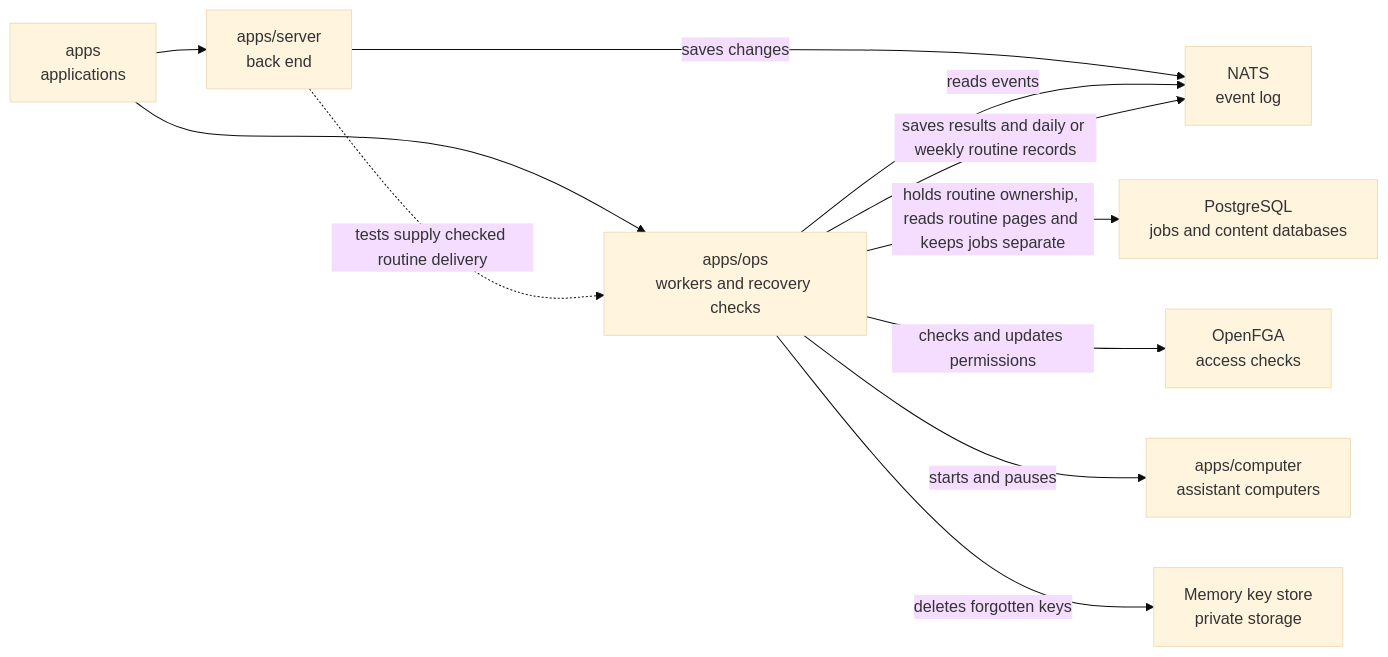
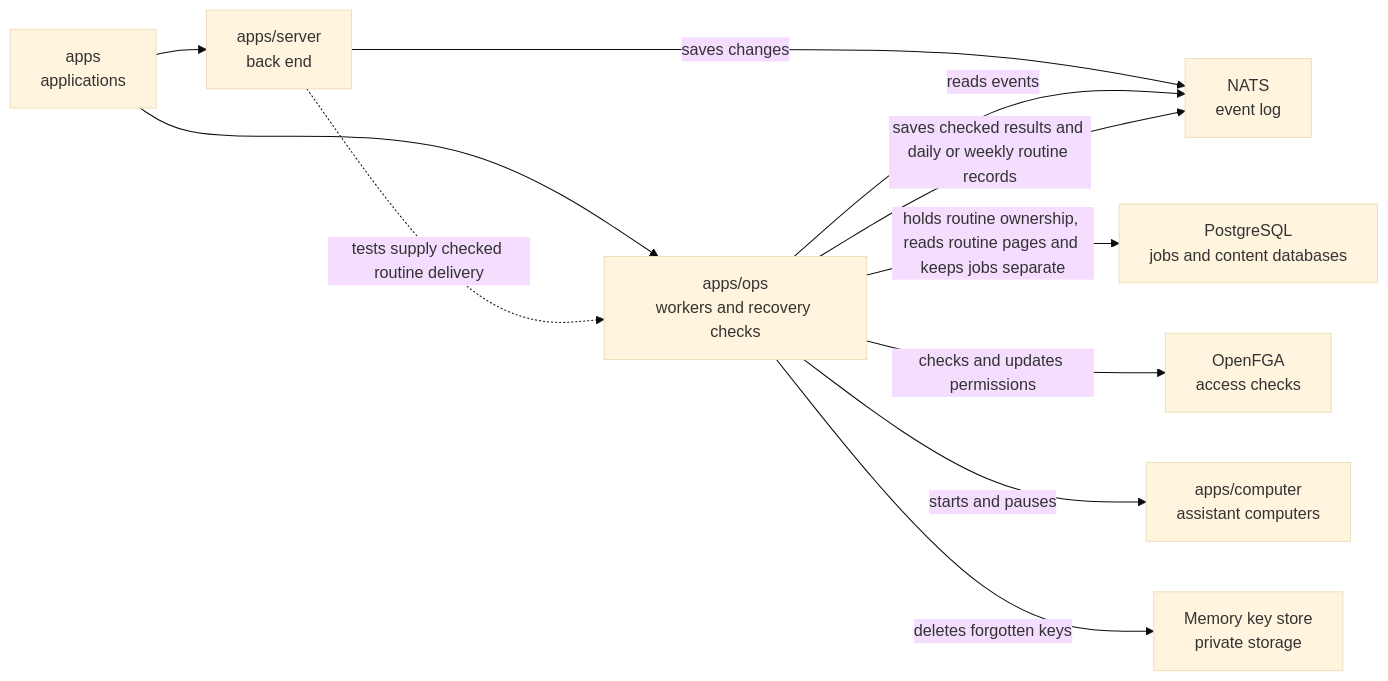
Before and after one commit to elewa-git/opencrane-new: the diagram in apps/ops/README.md, drawn with Mermaid (base theme). The commit also changed 2 other files, not shown here.

Commit message:
🧹 Name weekly routine test setup steps

````diff
--- a/apps/ops/README.md
+++ b/apps/ops/README.md
@@ -17,13 +17,13 @@
 ```mermaid
 flowchart LR
   apps["apps<br/>applications"] --> ops["apps/ops<br/>workers and recovery checks"]
   apps --> server["apps/server<br/>back end"]
   server -.->|tests supply checked routine delivery| ops
   server -->|saves changes| nats["NATS<br/>event log"]
   ops -->|reads events| nats
-  ops -->|saves results and daily or weekly routine records| nats
+  ops -->|saves checked results and daily or weekly routine records| nats
   ops -->|holds routine ownership, reads routine pages and keeps jobs separate| pg["PostgreSQL<br/>jobs and content databases"]
   ops -->|checks and updates permissions| fga["OpenFGA<br/>access checks"]
   ops -->|starts and pauses| computer["apps/computer<br/>assistant computers"]
   ops -->|deletes forgotten keys| keys["Memory key store<br/>private storage"]
 ```
````
